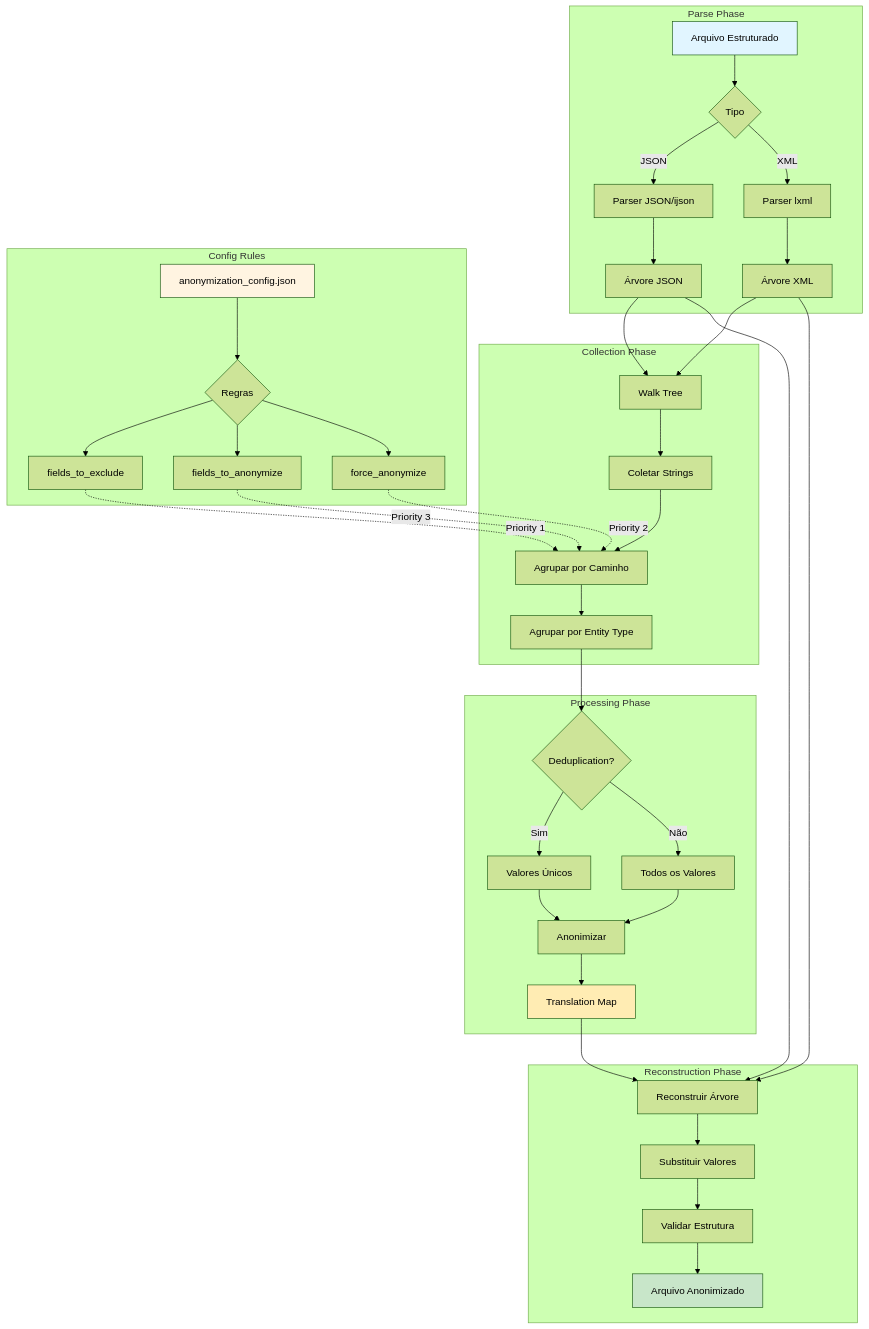
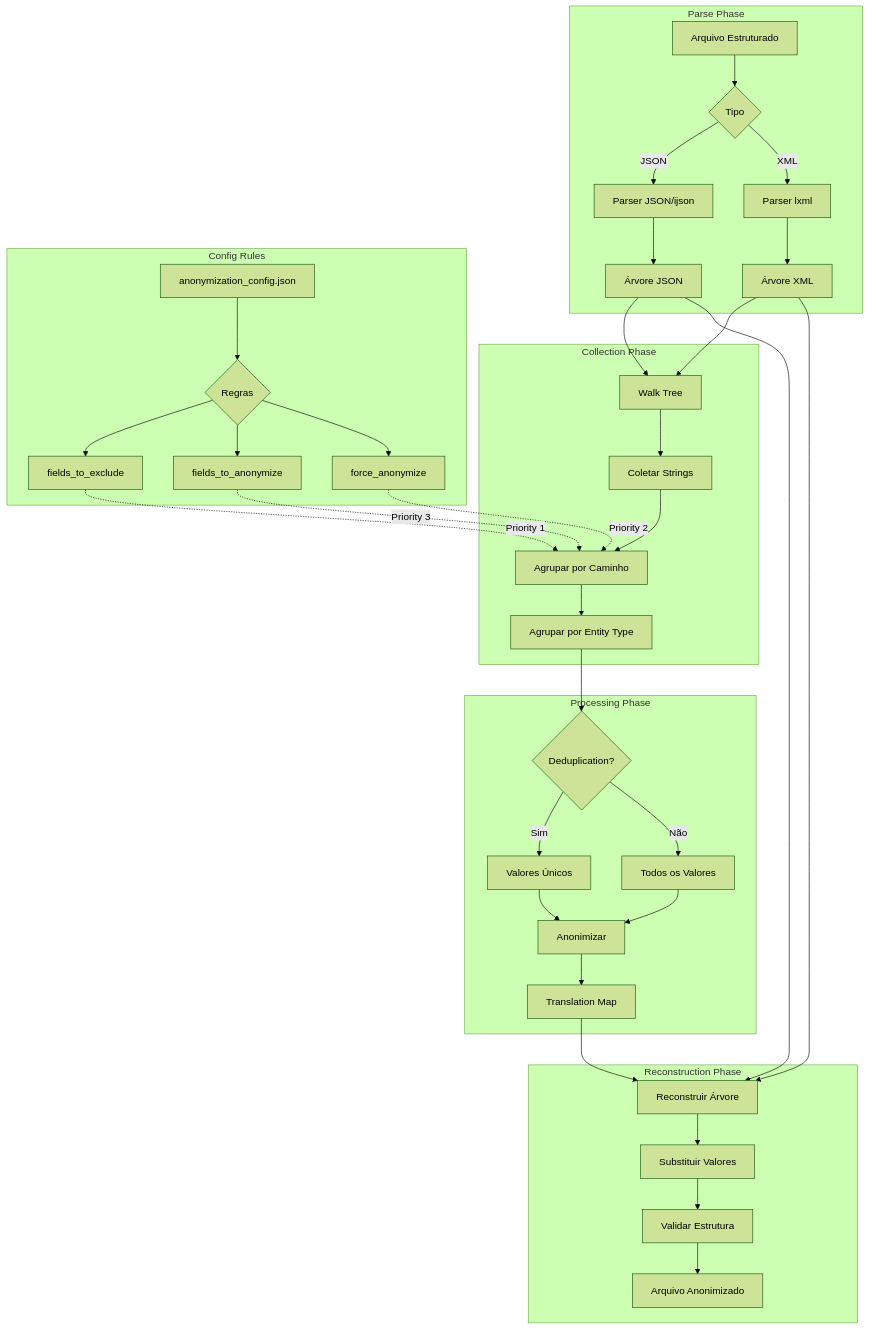
The seventh of 24 diagrams in docs/diagrams.md (AnonShield/anonshield), drawn with Mermaid (forest theme) before and after one commit. The commit also changed other lines of this file, not shown here.

First line of the commit message:
Remove style definitions from diagrams

````diff
--- a/docs/diagrams.md
+++ b/docs/diagrams.md
@@ -316,55 +296,52 @@
 ```mermaid
 graph TD
     subgraph "Parse Phase"
         Input[Arquivo Estruturado] --> Parse{Tipo}
         Parse -->|JSON| ParseJSON[Parser JSON/ijson]
         Parse -->|XML| ParseXML[Parser lxml]
         
         ParseJSON --> Tree1[Árvore JSON]
         ParseXML --> Tree2[Árvore XML]
     end
     
     subgraph "Collection Phase"
         Tree1 & Tree2 --> Walk[Walk Tree]
         Walk --> CollectStrings[Coletar Strings]
         CollectStrings --> GroupByPath[Agrupar por Caminho]
         GroupByPath --> GroupByType[Agrupar por Entity Type]
     end
     
     subgraph "Config Rules"
         Config[anonymization_config.json] --> Rules{Regras}
         Rules --> Exclude[fields_to_exclude]
         Rules --> Include[fields_to_anonymize]
         Rules --> Force[force_anonymize]
         
         Exclude -.Priority 1.-> GroupByPath
         Force -.Priority 2.-> GroupByPath
         Include -.Priority 3.-> GroupByPath
     end
     
     subgraph "Processing Phase"
         GroupByType --> Dedup{Deduplication?}
         Dedup -->|Sim| UniqueVals[Valores Únicos]
         Dedup -->|Não| AllVals[Todos os Valores]
         
         UniqueVals --> Anonymize[Anonimizar]
         AllVals --> Anonymize
         
         Anonymize --> TransMap[Translation Map]
     end
     
     subgraph "Reconstruction Phase"
         TransMap --> Reconstruct[Reconstruir Árvore]
         Tree1 --> Reconstruct
         Tree2 --> Reconstruct
         
         Reconstruct --> Replace[Substituir Valores]
         Replace --> Validate[Validar Estrutura]
         Validate --> Output[Arquivo Anonimizado]
     end
     
-    style Input fill:#e1f5ff
-    style Config fill:#fff4e1
-    style TransMap fill:#ffecb3
-    style Output fill:#c8e6c9
+
 ```
````
